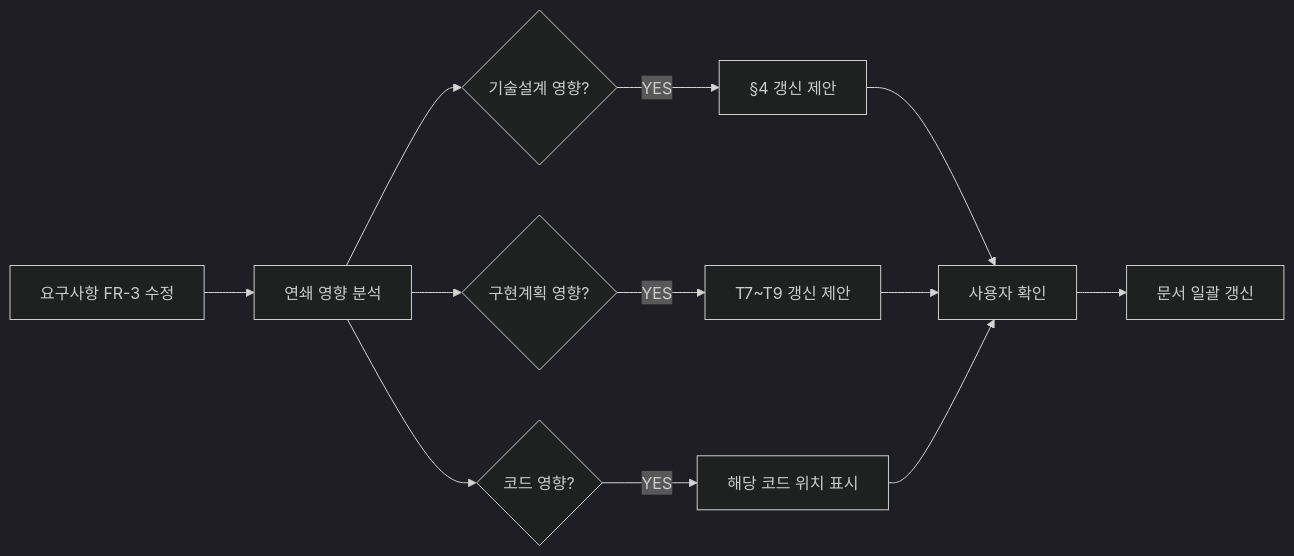
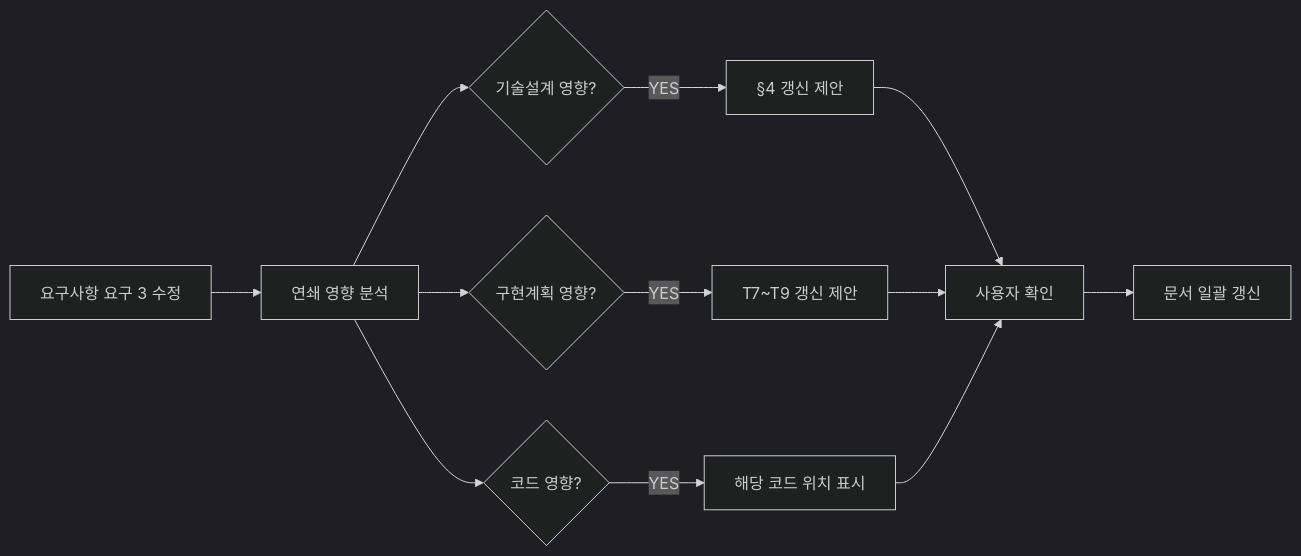
Before and after one commit to LonerStayle/js-super: the sixth of 7 diagrams in README.md, drawn with Mermaid (dark theme). The commit also changed other lines of this file, not shown here.

````diff
--- a/README.md
+++ b/README.md
@@ -688,14 +688,14 @@
 ```mermaid
 flowchart LR
-    A[요구사항 FR-3 수정] --> B[연쇄 영향 분석]
+    A[요구사항 요구 3 수정] --> B[연쇄 영향 분석]
     B --> C{기술설계 영향?}
     B --> D{구현계획 영향?}
     B --> E{코드 영향?}
     C -->|YES| F[§4 갱신 제안]
     D -->|YES| G[T7~T9 갱신 제안]
     E -->|YES| H[해당 코드 위치 표시]
     F --> I[사용자 확인]
     G --> I
     H --> I
     I --> J[문서 일괄 갱신]
 ```
````
